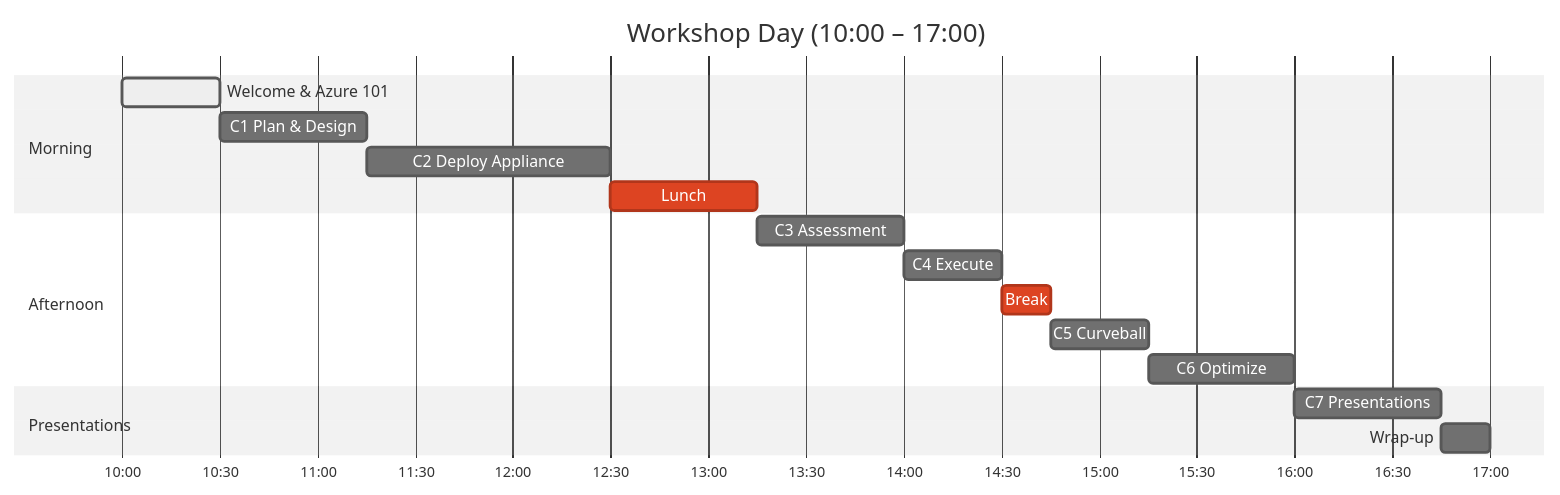
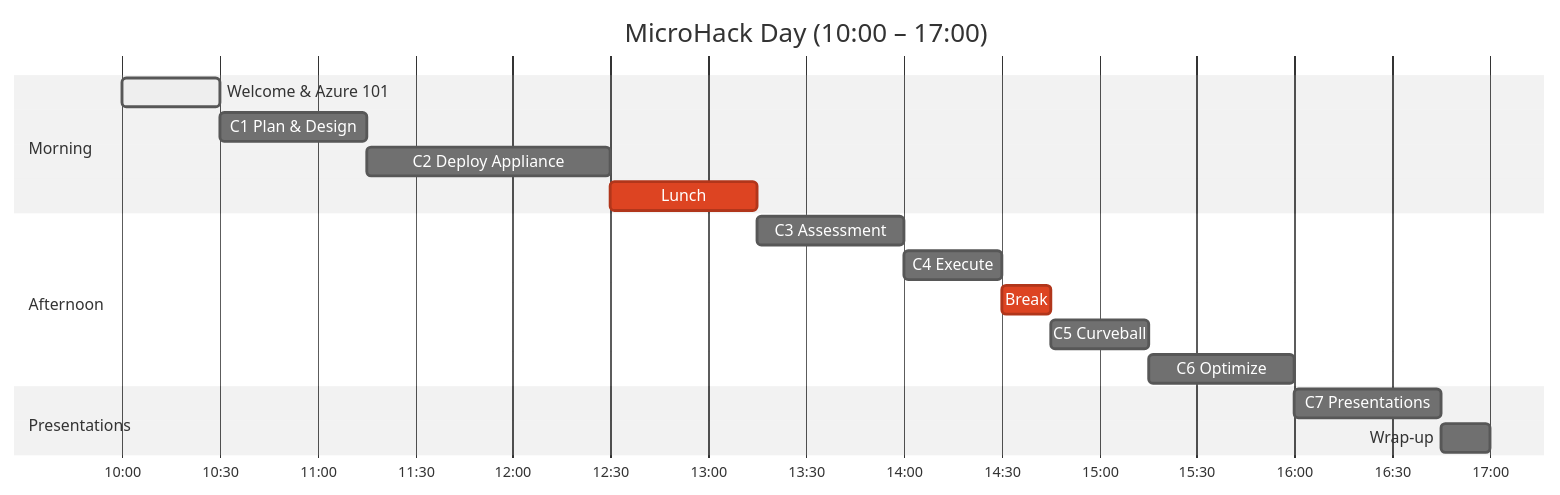
The diagram in site/src/content/docs/index.md (jonathan-vella/microhack-azure-migrate), drawn with Mermaid before and after one commit. The commit also changed other lines of this file and 36 other files, not shown here.

First line of the commit message:
feat: add footer component with mermaid support and 404 page template

````diff
--- a/site/src/content/docs/index.md
+++ b/site/src/content/docs/index.md
@@ -21,21 +21,21 @@
 ```mermaid
 %%{init: {'theme':'neutral'}}%%
 gantt
-  title Workshop Day (10:00 – 17:00)
+  title MicroHack Day (10:00 – 17:00)
   dateFormat HH:mm
   axisFormat %H:%M
   section Morning
       Welcome & Azure 101       :active, 10:00, 30m
       C1 Plan & Design          :10:30, 45m
       C2 Deploy Appliance       :11:15, 75m
       Lunch                     :crit, 12:30, 45m
   section Afternoon
       C3 Assessment             :13:15, 45m
       C4 Execute                :14:00, 30m
       Break                     :crit, 14:30, 15m
       C5 Curveball              :14:45, 30m
       C6 Optimize               :15:15, 45m
   section Presentations
       C7 Presentations          :16:00, 45m
       Wrap-up                   :16:45, 15m
 ```
````
